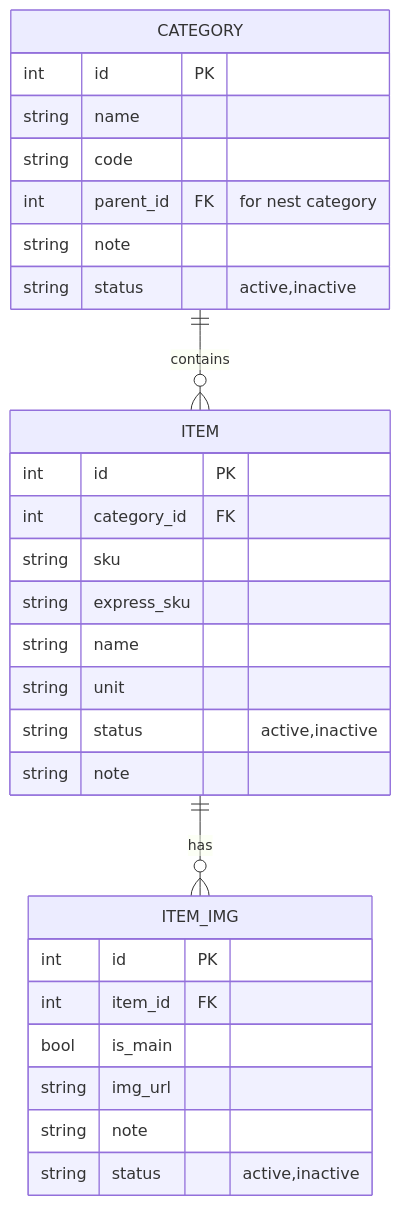
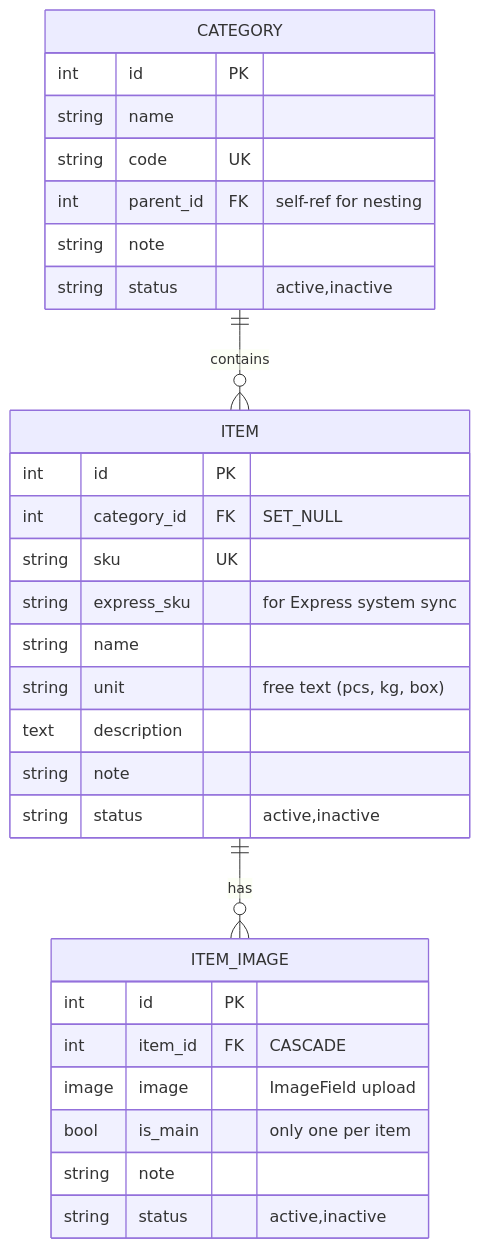
The diagram in django/catalog/docs/ERD.md (lockdoor/tj_inventory), drawn with Mermaid before and after one commit. The commit also changed 6 other files, not shown here.

Commit message:
feat: catalog app item and item_image model

````diff
--- a/django/catalog/docs/ERD.md
+++ b/django/catalog/docs/ERD.md
@@ -1,35 +1,36 @@
 ```mermaid
 erDiagram
 
     CATEGORY {
         int id PK
         string name
-        string code
-        int parent_id FK "for nest category"
+        string code UK
+        int parent_id FK "self-ref for nesting"
         string note
         string status "active,inactive"
     }
 
     ITEM {
         int id PK
-        int category_id FK
-        string sku
-        string express_sku
+        int category_id FK "SET_NULL"
+        string sku UK
+        string express_sku "for Express system sync"
         string name
-        string unit
+        string unit "free text (pcs, kg, box)"
+        text description
+        string note
         string status "active,inactive"
-        string note
     }
 
-    ITEM_IMG {
+    ITEM_IMAGE {
         int id PK
-        int item_id FK
-        bool is_main
-        string img_url
+        int item_id FK "CASCADE"
+        image image "ImageField upload"
+        bool is_main "only one per item"
         string note
         string status "active,inactive"
     }
 
     CATEGORY ||--o{ ITEM : "contains"
-    ITEM ||--o{ ITEM_IMG : "has"
+    ITEM ||--o{ ITEM_IMAGE : "has"
 ```
````
